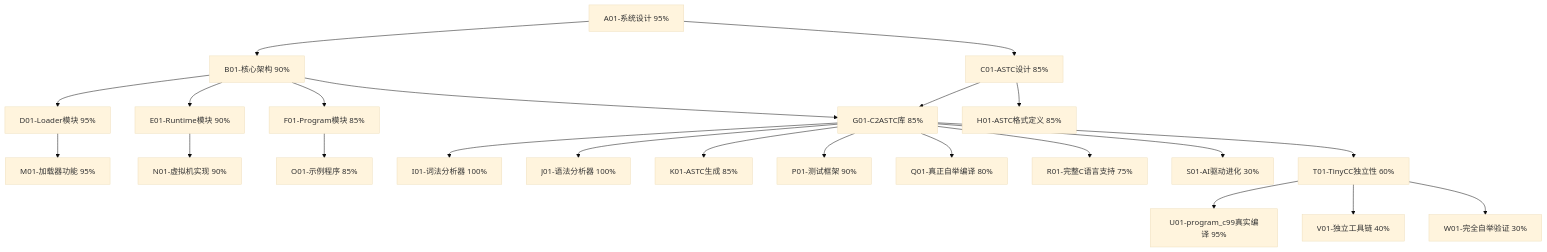
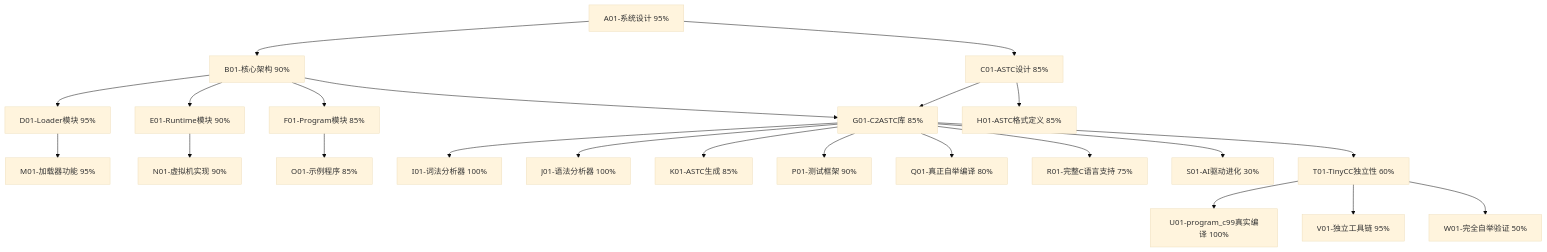
One commit to wanjochan/self-evolve-ai changed the diagram in docs/plan.md. Above: the diagram before and after it, drawn with Mermaid (base theme). The commit also changed other lines of this file and 3 other files, not shown here.

````diff
--- a/docs/plan.md
+++ b/docs/plan.md
@@ -8,32 +8,32 @@
 ```mermaid
 graph TD
     A[A01-系统设计 95%] --> B[B01-核心架构 90%]
     A --> C[C01-ASTC设计 85%]
 
     B --> D[D01-Loader模块 95%]
     B --> E[E01-Runtime模块 90%]
     B --> F[F01-Program模块 85%]
     B --> G[G01-Evolver0自举编译器 85%]
 
     C --> G[G01-C2ASTC库 85%]
     C --> H[H01-ASTC格式定义 85%]
 
     G --> I[I01-词法分析器 100%]
     G --> J[J01-语法分析器 100%]
     G --> K[K01-ASTC生成 85%]
 
     D --> M[M01-加载器功能 95%]
     E --> N[N01-虚拟机实现 90%]
     F --> O[O01-示例程序 85%]
 
     G --> P[P01-测试框架 90%]
 
     G --> Q[Q01-真正自举编译 80%]
     G --> R[R01-完整C语言支持 75%]
     G --> S[S01-AI驱动进化 30%]
     G --> T[T01-TinyCC独立性 60%]
 
-    T --> U[U01-program_c99真实编译 95%]
-    T --> V[V01-独立工具链 40%]
-    T --> W[W01-完全自举验证 30%]
+    T --> U[U01-program_c99真实编译 100%]
+    T --> V[V01-独立工具链 95%]
+    T --> W[W01-完全自举验证 50%]
 ```
````
